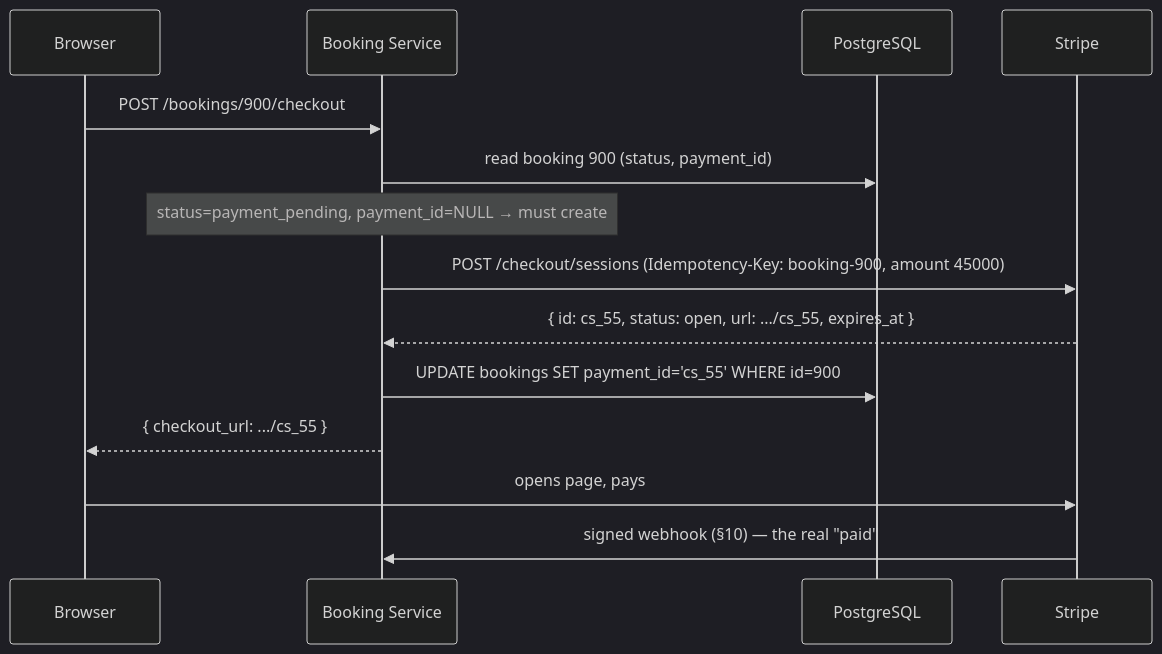
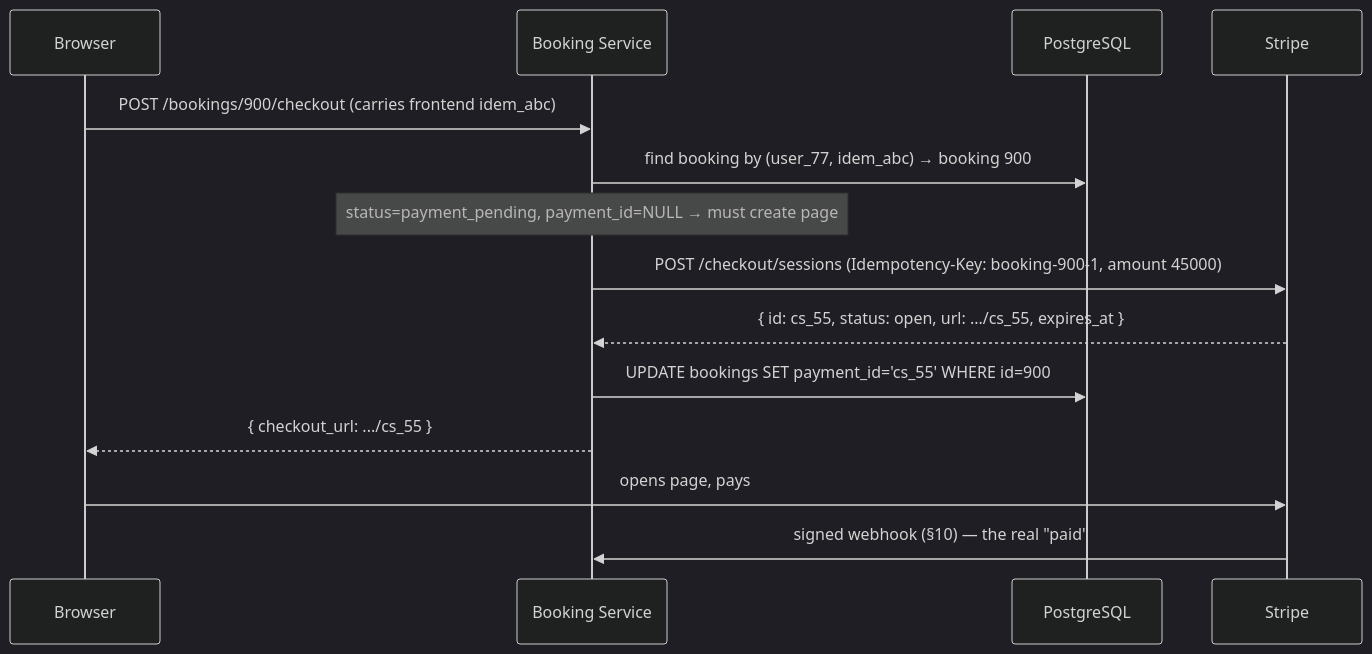
Before and after one commit to psquared-dev/java-questions: the third of 5 diagrams in system-design/new/03. bookMyShow.md, drawn with Mermaid (dark theme). The commit also changed other lines of this file, not shown here.

````diff
--- a/system-design/new/03. bookMyShow.md
+++ b/system-design/new/03. bookMyShow.md
@@ -609,16 +664,16 @@
 ```mermaid
 sequenceDiagram
     participant U as Browser
     participant BK as Booking Service
     participant PG as PostgreSQL
     participant S as Stripe
-    U ->> BK: POST /bookings/900/checkout
-    BK ->> PG: read booking 900 (status, payment_id)
-    Note over BK: status=payment_pending, payment_id=NULL → must create
-    BK ->> S: POST /checkout/sessions (Idempotency-Key: booking-900, amount 45000)
+    U ->> BK: POST /bookings/900/checkout (carries frontend idem_abc)
+    BK ->> PG: find booking by (user_77, idem_abc) → booking 900
+    Note over BK: status=payment_pending, payment_id=NULL → must create page
+    BK ->> S: POST /checkout/sessions (Idempotency-Key: booking-900-1, amount 45000)
     S -->> BK: { id: cs_55, status: open, url: .../cs_55, expires_at }
     BK ->> PG: UPDATE bookings SET payment_id='cs_55' WHERE id=900
     BK -->> U: { checkout_url: .../cs_55 }
     U ->> S: opens page, pays
     S ->> BK: signed webhook (§10) — the real "paid"
 ```
````
